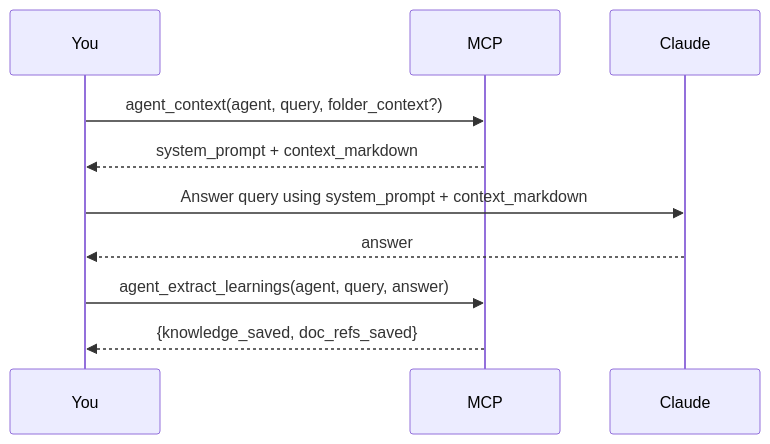
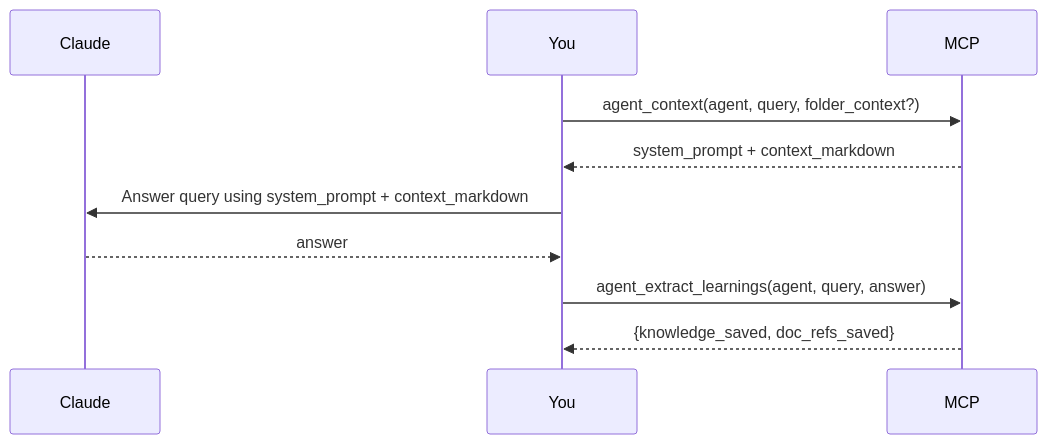
The diagram in README.md (gabrieltorresgamez/gabos-mcp), drawn with Mermaid before and after one commit. The commit also changed other lines of this file, not shown here.

Commit message:
Fix mermaid overlap in README

````diff
--- a/README.md
+++ b/README.md
@@ -42,15 +42,15 @@
 ```mermaid
 sequenceDiagram
+    participant Claude
     participant You
     participant MCP
-    participant Claude
 
     You->>MCP: agent_context(agent, query, folder_context?)
     MCP-->>You: system_prompt + context_markdown
 
     You->>Claude: Answer query using system_prompt + context_markdown
     Claude-->>You: answer
 
     You->>MCP: agent_extract_learnings(agent, query, answer)
     MCP-->>You: {knowledge_saved, doc_refs_saved}
 ```
````
